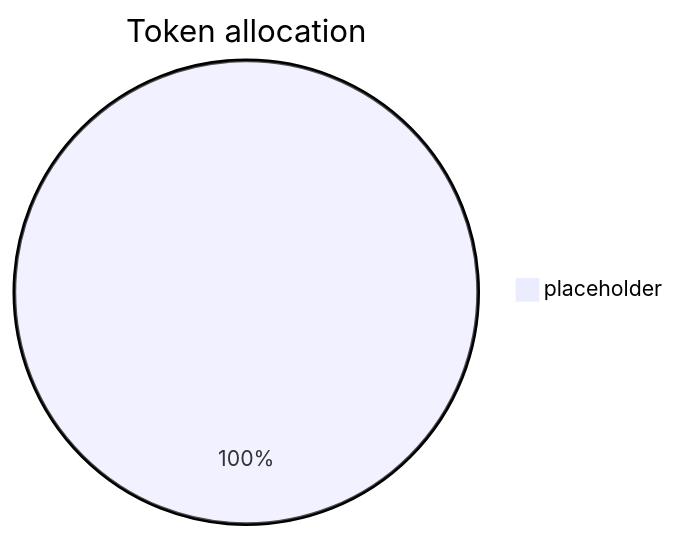
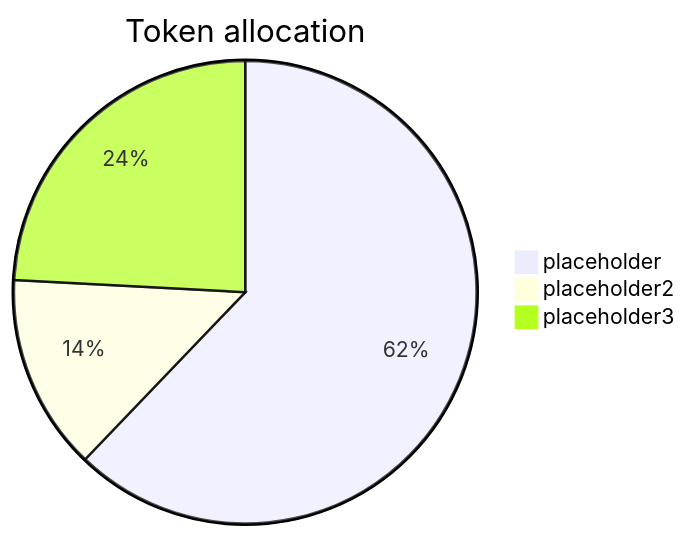
One commit to hypnosisfoundation/documentation changed the diagram in docs/litepaper/index.md. Above: the diagram before and after it, drawn with Mermaid.

````diff
--- a/docs/litepaper/index.md
+++ b/docs/litepaper/index.md
@@ -101,7 +101,7 @@
 ```mermaid
 pie
     title Token allocation
     "placeholder" : 386
-    "placeholder" : 85
-    "placeholder" : 150 
+    "placeholder2" : 85
+    "placeholder3" : 150 
 ```
````
